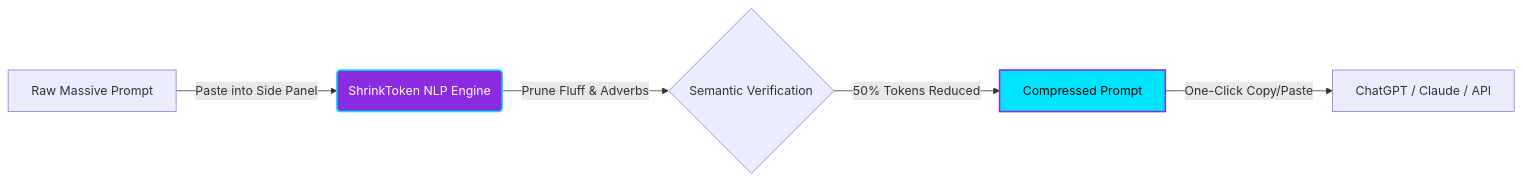
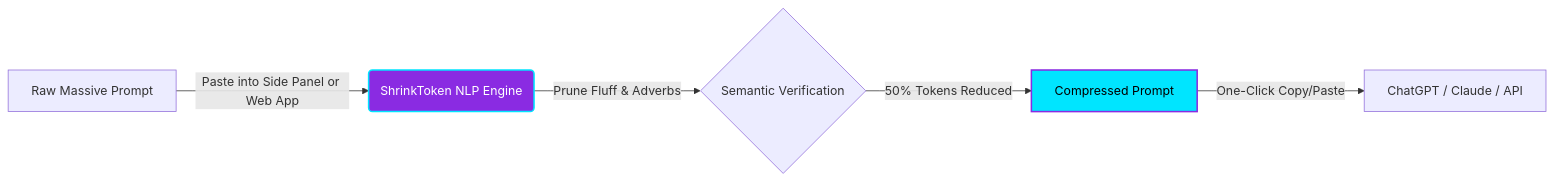
Before and after one commit to AREKG0/shrinktoken: the first of 2 diagrams in README.md, drawn with Mermaid. The commit also changed other lines of this file, not shown here.

Commit message:
Docs: Add live Netlify web app link and humorous domain donation section

````diff
--- a/README.md
+++ b/README.md
@@ -182,9 +196,9 @@
 ```mermaid
 graph LR
-  A[Raw Massive Prompt] -->|Paste into Side Panel| B(ShrinkToken NLP Engine)
+  A[Raw Massive Prompt] -->|Paste into Side Panel or Web App| B(ShrinkToken NLP Engine)
   B -->|Prune Fluff & Adverbs| C{Semantic Verification}
   C -->|50% Tokens Reduced| D[Compressed Prompt]
   D -->|One-Click Copy/Paste| E[ChatGPT / Claude / API]
   style B fill:#8a2be2,stroke:#00e5ff,stroke-width:2px,color:#fff
   style D fill:#00e5ff,stroke:#8a2be2,stroke-width:2px,color:#000
 ```
````
